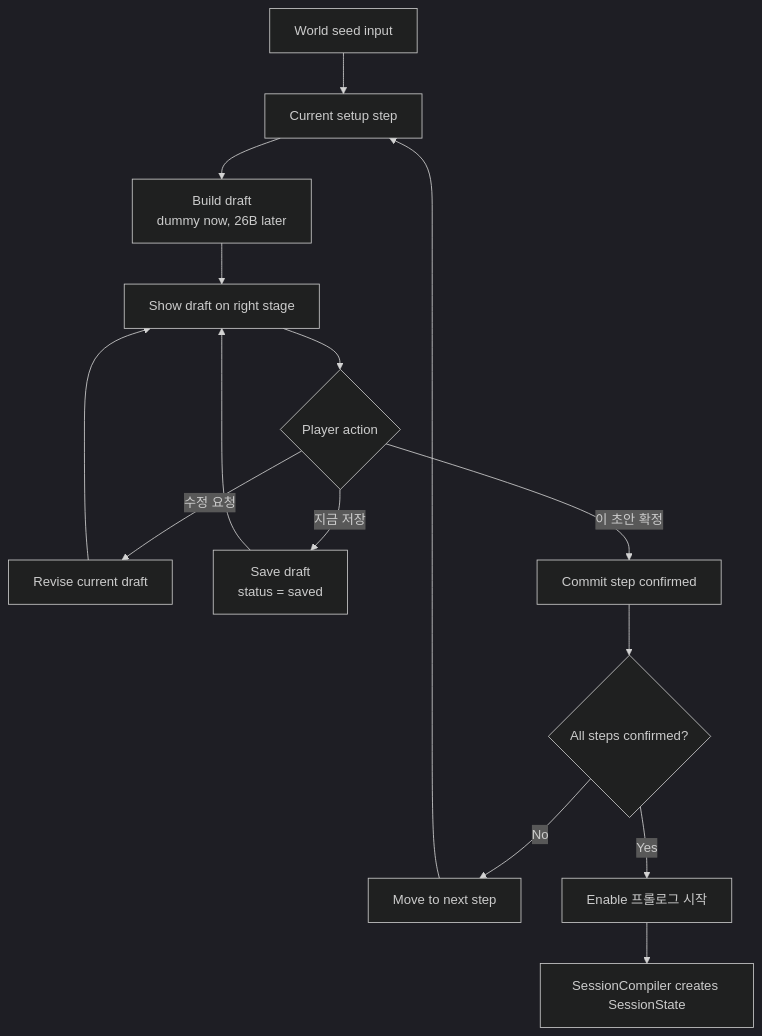
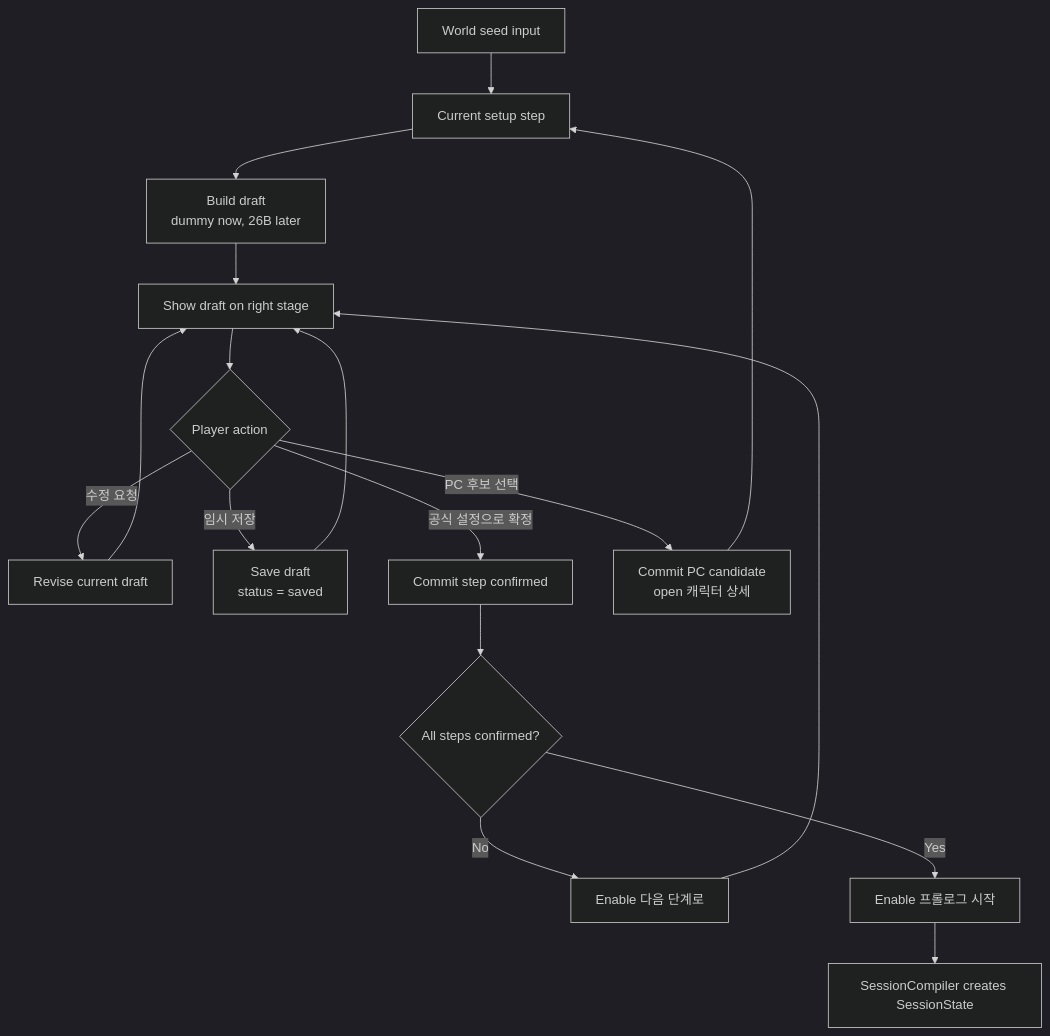
Before and after one commit to winterrainlee/winterrain_trpg: the second of 4 diagrams in design/winterrain-rp-module-architecture-design.md, drawn with Mermaid (dark theme). The commit also changed other lines of this file and 3 other files, not shown here.

Commit message:
Refine setup character detail flow

````diff
--- a/design/winterrain-rp-module-architecture-design.md
+++ b/design/winterrain-rp-module-architecture-design.md
@@ -216,17 +214,19 @@
 ```mermaid
 flowchart TD
   A["World seed input"] --> B["Current setup step"]
   B --> C["Build draft<br/>dummy now, 26B later"]
   C --> D["Show draft on right stage"]
   D --> E{"Player action"}
   E -->|"수정 요청"| F["Revise current draft"]
   F --> D
-  E -->|"지금 저장"| G["Save draft<br/>status = saved"]
+  E -->|"임시 저장"| G["Save draft<br/>status = saved"]
   G --> D
-  E -->|"이 초안 확정"| H["Commit step confirmed"]
+  E -->|"공식 설정으로 확정"| H["Commit step confirmed"]
+  E -->|"PC 후보 선택"| P["Commit PC candidate<br/>open 캐릭터 상세"]
+  P --> B
   H --> I{"All steps confirmed?"}
-  I -->|No| J["Move to next step"]
-  J --> B
+  I -->|No| J["Enable 다음 단계로"]
+  J --> D
   I -->|Yes| K["Enable 프롤로그 시작"]
   K --> L["SessionCompiler creates SessionState"]
 ```
````
